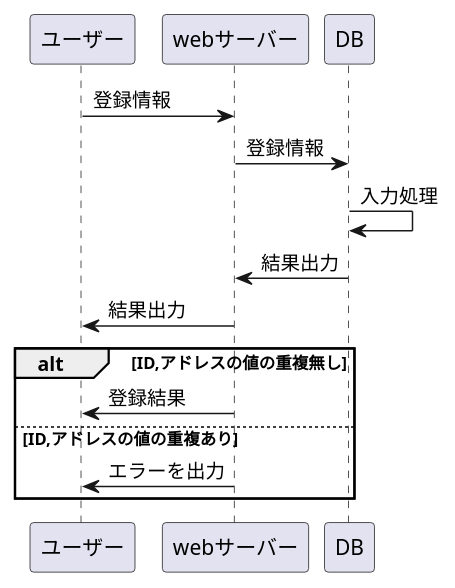
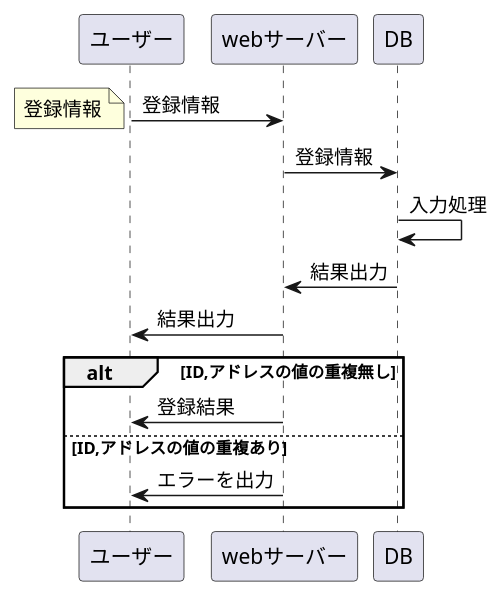
Before and after one commit to Aso2001159/2021sys-design: the diagram in sample-frow.md, drawn with PlantUML.

````diff
--- a/sample-frow.md
+++ b/sample-frow.md
@@ -1,16 +1,19 @@
 ```uml
 
 @startuml
   ユーザー -> webサーバー : 登録情報
+  note left : 登録情報
   webサーバー -> DB : 登録情報
   DB -> DB : 入力処理
   DB -> webサーバー : 結果出力
   webサーバー -> ユーザー : 結果出力
   alt ID,アドレスの値の重複無し
   webサーバー -> ユーザー : 登録結果
   else ID,アドレスの値の重複あり
   webサーバー -> ユーザー : エラーを出力
   end
 @enduml
 
+
+
 ```
````
